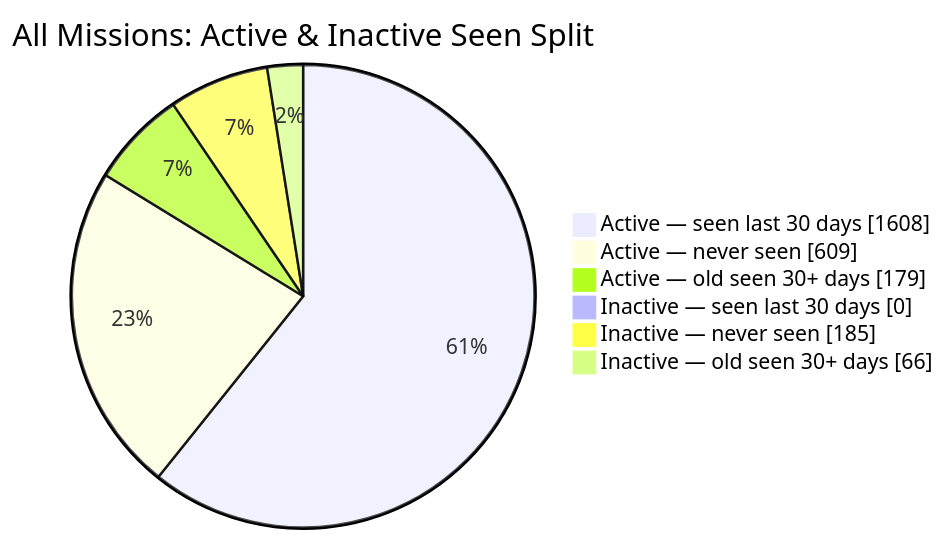
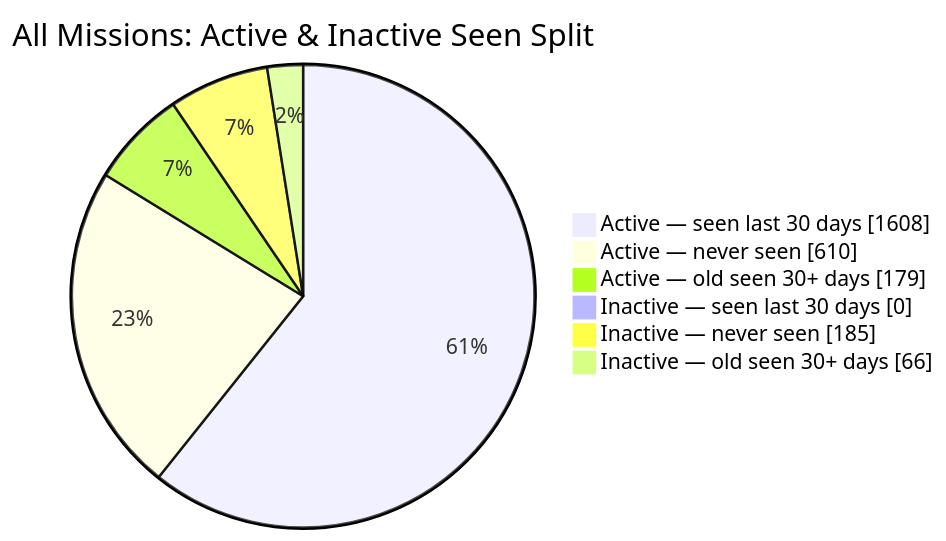
One commit to MeldkamerspelGameTeam/active-missions changed the second of 2 diagrams in README.md. Above: the diagram before and after it, drawn with Mermaid. The commit also changed other lines of this file and 4 other files, not shown here.

````diff
--- a/README.md
+++ b/README.md
@@ -44,10 +44,10 @@
 ```mermaid
 pie showData
     title All Missions: Active & Inactive Seen Split
     "Active — seen last 30 days" : 1608
-    "Active — never seen" : 609
+    "Active — never seen" : 610
     "Active — old seen 30+ days" : 179
     "Inactive — seen last 30 days" : 0
     "Inactive — never seen" : 185
     "Inactive — old seen 30+ days" : 66
 ```
````
